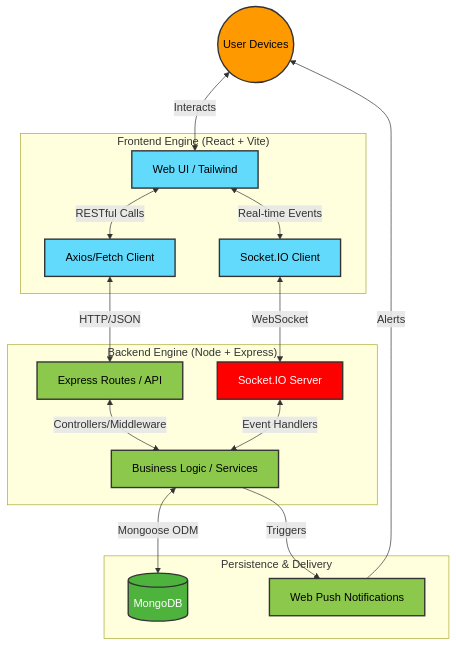
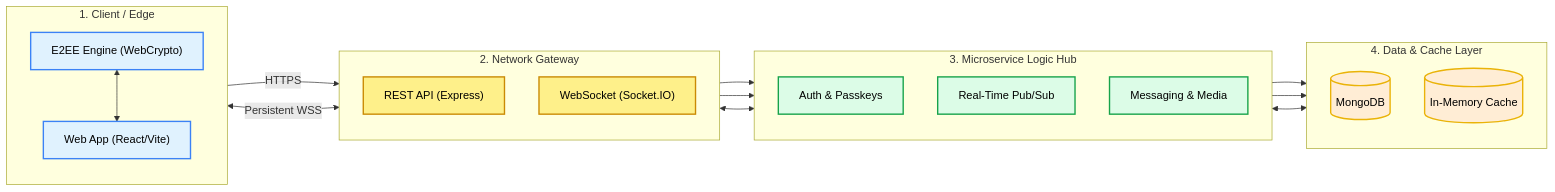
The diagram in README.md (ViktorRez99/Vaaniarc_chatApp), drawn with Mermaid before and after one commit. The commit also changed other lines of this file and 8 other files, not shown here.

Commit message:
docs: overhaul architecture documentation and team member references

````diff
--- a/README.md
+++ b/README.md
@@ -7,42 +15,51 @@
 ```mermaid
-graph TD
-    %% Styling
-    classDef frontend fill:#61DAFB,stroke:#333,stroke-width:2px,color:#000
-    classDef backend fill:#8CC84B,stroke:#333,stroke-width:2px,color:#000
-    classDef database fill:#4DB33D,stroke:#333,stroke-width:2px,color:#fff
-    classDef realtime fill:#FF0000,stroke:#333,stroke-width:2px,color:#fff
-    classDef user fill:#FF9900,stroke:#333,stroke-width:2px,color:#000
+graph LR
+    %% Styles
+    classDef client fill:#e0f2fe,stroke:#3b82f6,stroke-width:2px,color:#000
+    classDef gateway fill:#fef08a,stroke:#ca8a04,stroke-width:2px,color:#000
+    classDef logic fill:#dcfce7,stroke:#16a34a,stroke-width:2px,color:#000
+    classDef storage fill:#ffedd5,stroke:#eab308,stroke-width:2px,color:#000
 
-    U((User Devices)):::user
-
-    subgraph "Frontend Engine (React + Vite)"
-        UI[Web UI / Tailwind]:::frontend
-        HTTP_Client[Axios/Fetch Client]:::frontend
-        WS_Client[Socket.IO Client]:::frontend
+    %% Client Tier
+    subgraph ClientLayer ["1. Client / Edge"]
+        direction TB
+        WebApp["Web App (React/Vite)"]:::client
+        Crypto["E2EE Engine (WebCrypto)"]:::client
     end
 
-    subgraph "Backend Engine (Node + Express)"
-        API_GW[Express Routes / API]:::backend
-        WS_Server[Socket.IO Server]:::realtime
-        SVC[Business Logic / Services]:::backend
+    %% Gateway Tier
+    subgraph NetworkGateway ["2. Network Gateway"]
+        direction TB
+        API["REST API (Express)"]:::gateway
+        WSS["WebSocket (Socket.IO)"]:::gateway
     end
 
-    subgraph "Persistence & Delivery"
-        DB[(MongoDB)]:::database
-        PUSH[Web Push Notifications]:::backend
+    %% Logic Tier
+    subgraph CoreServices ["3. Microservice Logic Hub"]
+        direction TB
+        AuthSvc["Auth & Passkeys"]:::logic
+        RealtimeSvc["Real-Time Pub/Sub"]:::logic
+        MsgSvc["Messaging & Media"]:::logic
     end
 
-    U <-->|Interacts| UI
-    UI <-->|RESTful Calls| HTTP_Client
-    UI <-->|Real-time Events| WS_Client
+    %% Persistence
+    subgraph StorageLayer ["4. Data & Cache Layer"]
+        direction TB
+        Mongo[("MongoDB")]:::storage
+        MemCache[("In-Memory Cache")]:::storage
+    end
 
-    HTTP_Client <-->|HTTP/JSON| API_GW
-    WS_Client <-->|WebSocket| WS_Server
-
-    API_GW <-->|Controllers/Middleware| SVC
-    WS_Server <-->|Event Handlers| SVC
-
-    SVC <-->|Mongoose ODM| DB
-    SVC -->|Triggers| PUSH
-    PUSH -->|Alerts| U
+    %% Connections
+    Crypto <--> WebApp
+    
+    WebApp -->|HTTPS| API
+    WebApp <-->|Persistent WSS| WSS
+    
+    API --> AuthSvc
+    API --> MsgSvc
+    WSS <--> RealtimeSvc
+    
+    AuthSvc --> Mongo
+    MsgSvc --> Mongo
+    RealtimeSvc <--> MemCache
 ```
````
